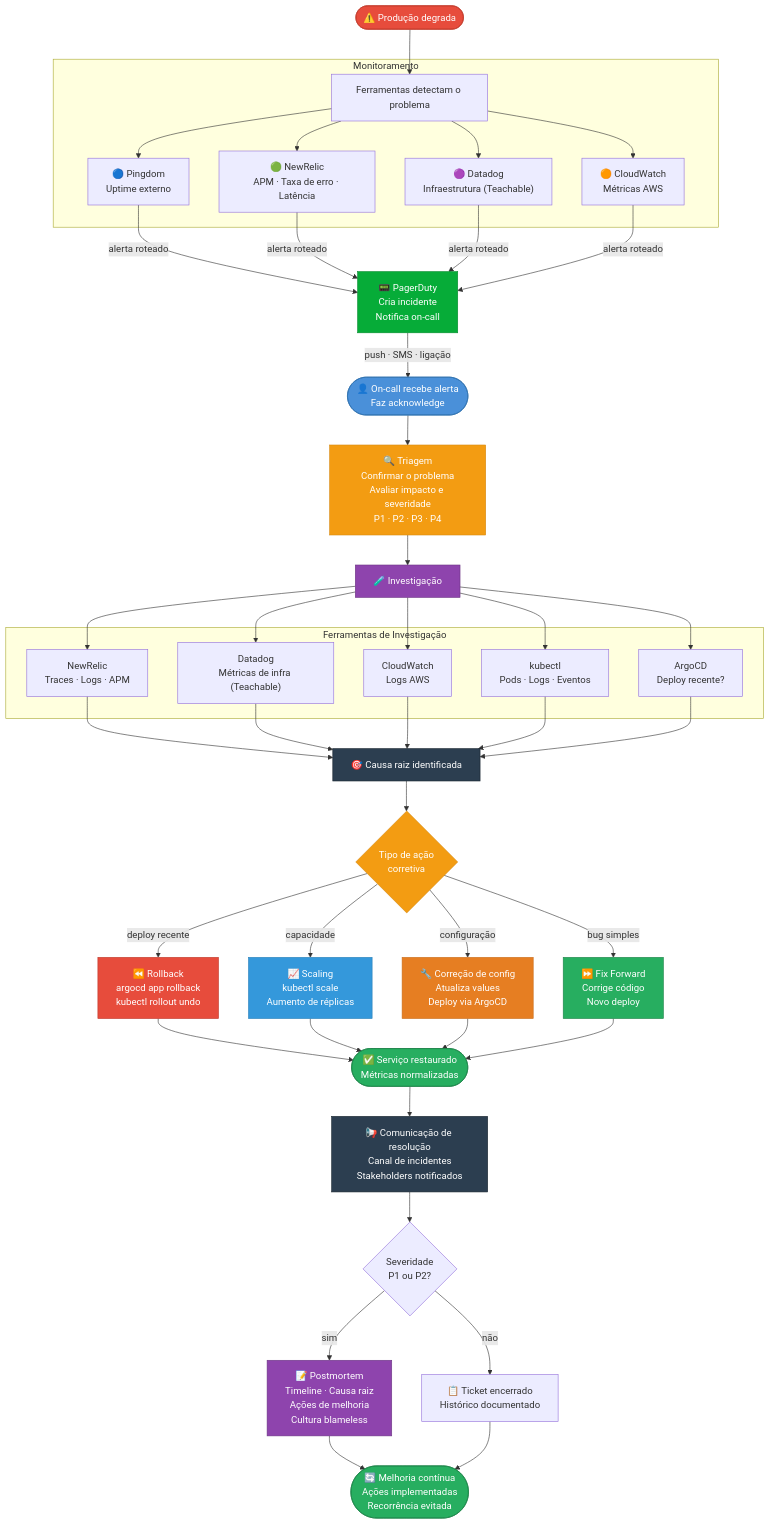
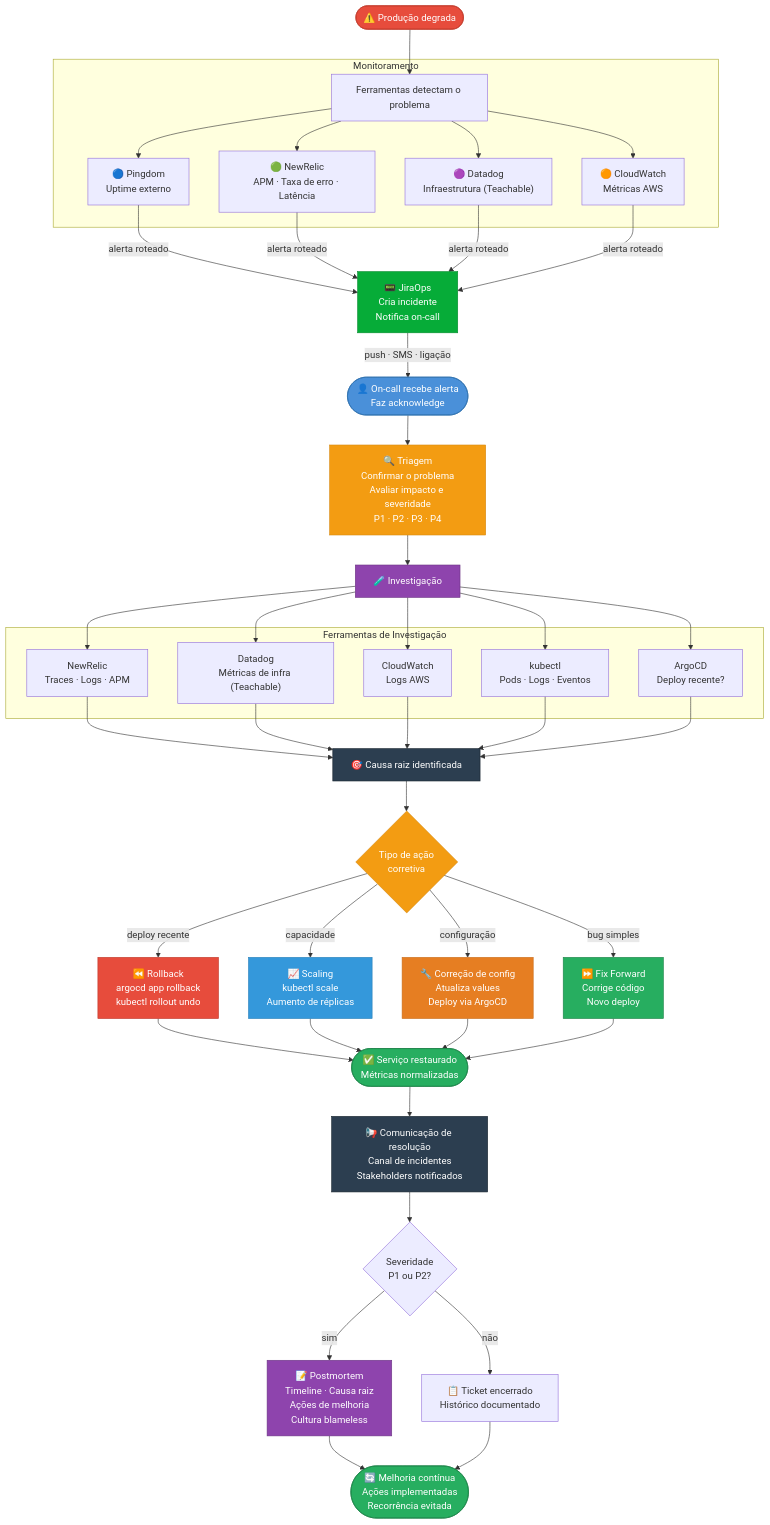
The first of 2 diagrams in diagrams/incident-response-flow.md (projetos-marcoribeiro/devops-onboarding), drawn with Mermaid before and after one commit. The commit also changed other lines of this file and 14 other files, not shown here.

Commit message:
fix: limpeza completa - PagerDuty substituido por JiraOps em 12 arquivos, Cloudflare marcado como legado em diagramas e checklists

````diff
--- a/diagrams/incident-response-flow.md
+++ b/diagrams/incident-response-flow.md
@@ -19,72 +19,72 @@
 ```mermaid
 flowchart TD
     A(["⚠️ Produção degrada"]) --> B
 
     subgraph MON ["Monitoramento"]
         B["Ferramentas detectam o problema"]
         B1["🔵 Pingdom\nUptime externo"]
         B2["🟢 NewRelic\nAPM · Taxa de erro · Latência"]
         B3["🟣 Datadog\nInfraestrutura (Teachable)"]
         B4["🟠 CloudWatch\nMétricas AWS"]
         B --> B1 & B2 & B3 & B4
     end
 
     B1 & B2 & B3 & B4 -->|"alerta roteado"| C
 
-    C["📟 PagerDuty\nCria incidente\nNotifica on-call"]
+    C["📟 JiraOps\nCria incidente\nNotifica on-call"]
 
     C -->|"push · SMS · ligação"| D
 
     D(["👤 On-call recebe alerta\nFaz acknowledge"])
 
     D --> E["🔍 Triagem\nConfirmar o problema\nAvaliar impacto e severidade\nP1 · P2 · P3 · P4"]
 
     E --> F["🧪 Investigação"]
 
     subgraph INV ["Ferramentas de Investigação"]
         F1["NewRelic\nTraces · Logs · APM"]
         F2["Datadog\nMétricas de infra (Teachable)"]
         F3["CloudWatch\nLogs AWS"]
         F4["kubectl\nPods · Logs · Eventos"]
         F5["ArgoCD\nDeploy recente?"]
     end
 
     F --> F1 & F2 & F3 & F4 & F5
 
     F1 & F2 & F3 & F4 & F5 --> G["🎯 Causa raiz identificada"]
 
     G --> H{"Tipo de ação\ncorretiva"}
 
     H -->|"deploy recente"| I1["⏪ Rollback\nargocd app rollback\nkubectl rollout undo"]
     H -->|"capacidade"| I2["📈 Scaling\nkubectl scale\nAumento de réplicas"]
     H -->|"configuração"| I3["🔧 Correção de config\nAtualiza values\nDeploy via ArgoCD"]
     H -->|"bug simples"| I4["⏩ Fix Forward\nCorrige código\nNovo deploy"]
 
     I1 & I2 & I3 & I4 --> J(["✅ Serviço restaurado\nMétricas normalizadas"])
 
     J --> K["📢 Comunicação de resolução\nCanal de incidentes\nStakeholders notificados"]
 
     K --> L{"Severidade\nP1 ou P2?"}
 
     L -->|"sim"| M["📝 Postmortem\nTimeline · Causa raiz\nAções de melhoria\nCultura blameless"]
     L -->|"não"| N["📋 Ticket encerrado\nHistórico documentado"]
 
     M --> O(["🔄 Melhoria contínua\nAções implementadas\nRecorrência evitada"])
     N --> O
 
     style A fill:#E74C3C,color:#fff,stroke:#c0392b
     style C fill:#06AC38,color:#fff,stroke:#058a2d
     style D fill:#4A90D9,color:#fff,stroke:#2c6fad
     style E fill:#F39C12,color:#fff,stroke:#d68910
     style F fill:#8E44AD,color:#fff,stroke:#6c3483
     style G fill:#2C3E50,color:#fff,stroke:#1a252f
     style H fill:#F39C12,color:#fff,stroke:#d68910
     style I1 fill:#E74C3C,color:#fff,stroke:#c0392b
     style I2 fill:#3498DB,color:#fff,stroke:#2980b9
     style I3 fill:#E67E22,color:#fff,stroke:#ca6f1e
     style I4 fill:#27AE60,color:#fff,stroke:#1e8449
     style J fill:#27AE60,color:#fff,stroke:#1e8449
     style K fill:#2C3E50,color:#fff,stroke:#1a252f
     style M fill:#8E44AD,color:#fff,stroke:#6c3483
     style O fill:#27AE60,color:#fff,stroke:#1e8449
 ```
````
